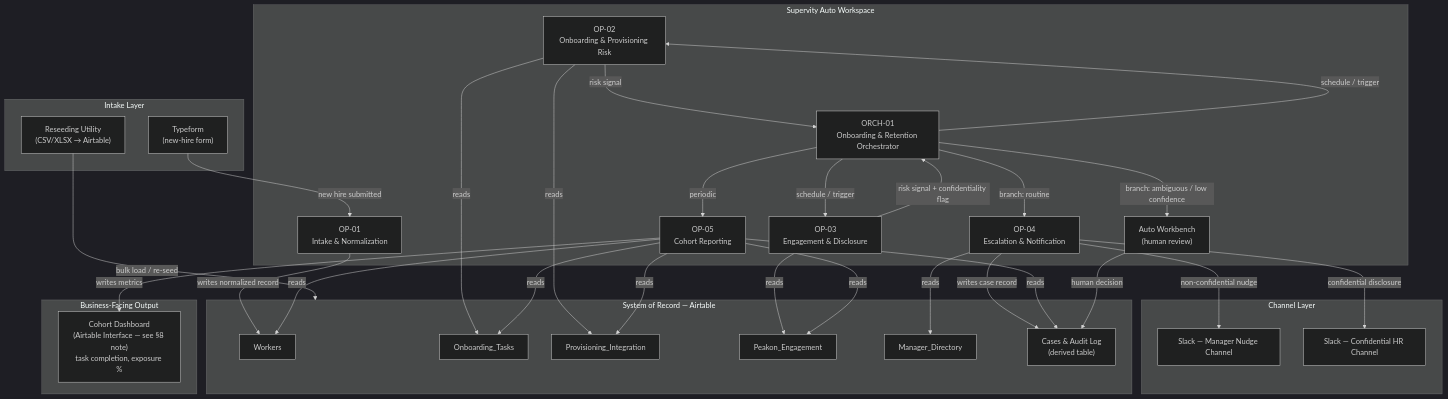
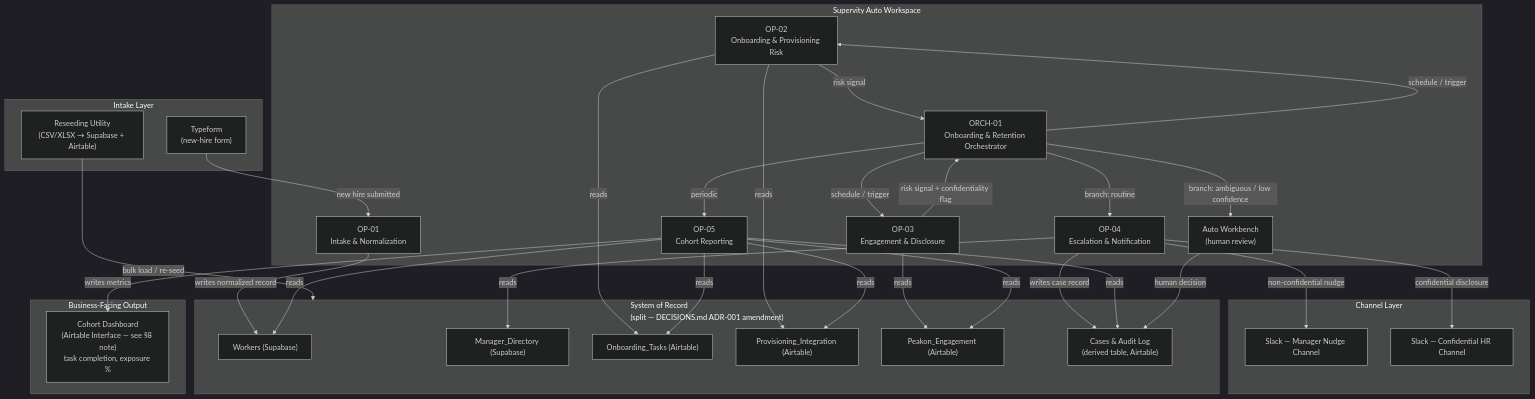
The first of 3 diagrams in docs/ARCHITECTURE.md (veinsan/supervity-ai-employee), drawn with Mermaid (dark theme) before and after one commit. The commit also changed other lines of this file and 12 other files, not shown here.

Commit message:
docs: update airtable to supabase

````diff
--- a/docs/ARCHITECTURE.md
+++ b/docs/ARCHITECTURE.md
@@ -11,56 +11,56 @@
 ```mermaid
 flowchart TB
     subgraph Intake["Intake Layer"]
         TF["Typeform<br/>(new-hire form)"]
-        SEED["Reseeding Utility<br/>(CSV/XLSX → Airtable)"]
+        SEED["Reseeding Utility<br/>(CSV/XLSX → Supabase + Airtable)"]
     end
 
-    subgraph SoR["System of Record — Airtable"]
-        WK["Workers"]
-        OT["Onboarding_Tasks"]
-        PI["Provisioning_Integration"]
-        PK["Peakon_Engagement"]
-        MD["Manager_Directory"]
-        CASE["Cases & Audit Log<br/>(derived table)"]
+    subgraph SoR["System of Record<br/>(split — DECISIONS.md ADR-001 amendment)"]
+        WK["Workers (Supabase)"]
+        MD["Manager_Directory (Supabase)"]
+        OT["Onboarding_Tasks (Airtable)"]
+        PI["Provisioning_Integration (Airtable)"]
+        PK["Peakon_Engagement (Airtable)"]
+        CASE["Cases & Audit Log<br/>(derived table, Airtable)"]
     end
 
     subgraph Auto["Supervity Auto Workspace"]
         OP1["OP-01<br/>Intake & Normalization"]
         OP2["OP-02<br/>Onboarding & Provisioning Risk"]
         OP3["OP-03<br/>Engagement & Disclosure"]
         OP4["OP-04<br/>Escalation & Notification"]
         OP5["OP-05<br/>Cohort Reporting"]
         ORCH["ORCH-01<br/>Onboarding & Retention Orchestrator"]
         WB["Auto Workbench<br/>(human review)"]
     end
 
     subgraph Channels["Channel Layer"]
         SLM["Slack — Manager Nudge Channel"]
         SLC["Slack — Confidential HR Channel"]
     end
 
     subgraph Console["Business-Facing Output"]
         DASH["Cohort Dashboard<br/>(Airtable Interface — see §8 note)<br/>task completion, exposure %"]
     end
 
     TF -->|new hire submitted| OP1
     SEED -->|bulk load / re-seed| SoR
     OP1 -->|writes normalized record| WK
     ORCH -->|schedule / trigger| OP2
     ORCH -->|schedule / trigger| OP3
     OP2 -->|reads| OT
     OP2 -->|reads| PI
     OP3 -->|reads| PK
     OP2 -->|risk signal| ORCH
     OP3 -->|risk signal + confidentiality flag| ORCH
     ORCH -->|branch: routine| OP4
     ORCH -->|branch: ambiguous / low confidence| WB
     OP4 -->|reads| MD
     OP4 -->|non-confidential nudge| SLM
     OP4 -->|confidential disclosure| SLC
     OP4 -->|writes case record| CASE
     ORCH -->|periodic| OP5
     OP5 -->|reads| WK & OT & PI & PK & CASE
     OP5 -->|writes metrics| DASH
     WB -->|human decision| CASE
 ```
````
